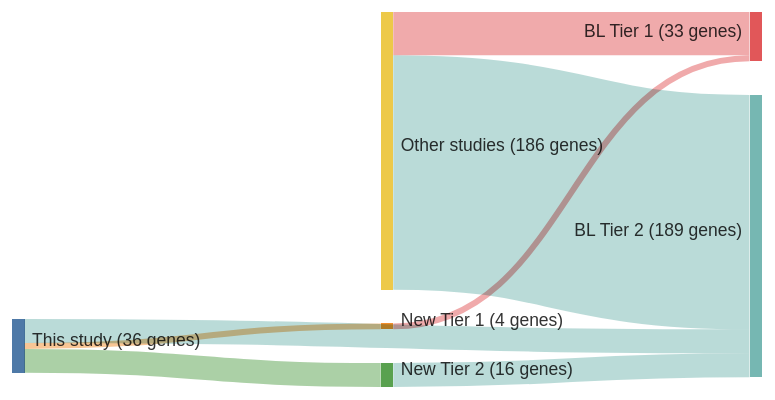
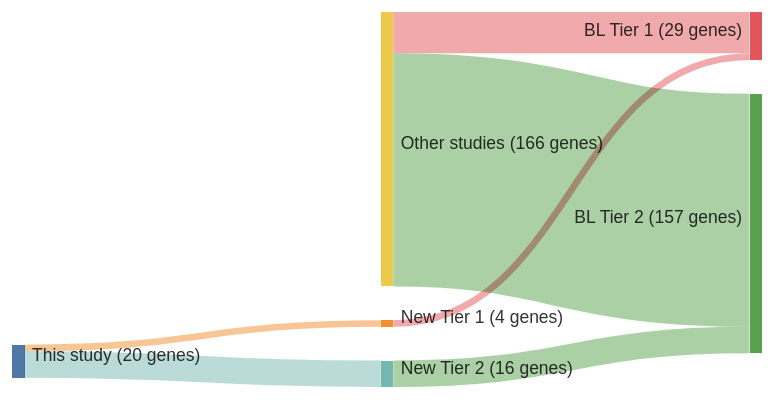
Before and after one commit to morinlab/lymphopedia: the diagram in papers/schmitzBurkittLymphomaPathogenesis2012.md, drawn with Mermaid. The commit also changed 81 other files, not shown here.

````diff
--- a/papers/schmitzBurkittLymphomaPathogenesis2012.md
+++ b/papers/schmitzBurkittLymphomaPathogenesis2012.md
@@ -13,21 +13,20 @@
 ```mermaid
 ---
 config:
     sankey:
         showValues: true
         linkColor: target
         width: 600
         height: 300
         nodeAlignment: right
         prefix: '('
         suffix: ' genes)'
 ---
 sankey-beta
 This study, New Tier 1, 4
 New Tier 1, BL Tier 1, 4
-This study, BL Tier 2, 16
 This study, New Tier 2, 16
 New Tier 2, BL Tier 2, 16
-Other studies, BL Tier 1, 29
-Other studies, BL Tier 2, 157
+Other studies, BL Tier 1, 25
+Other studies, BL Tier 2, 141
 ```
````
